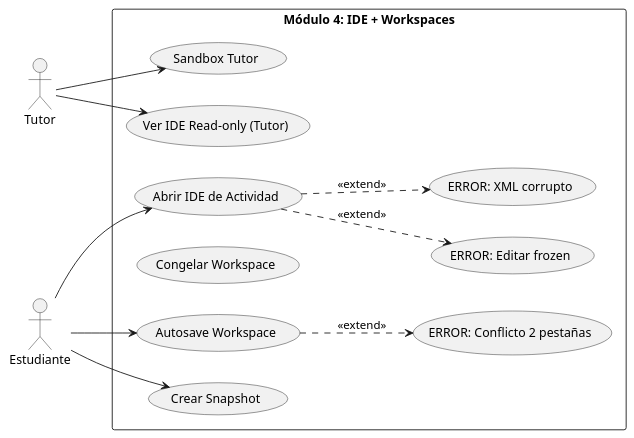
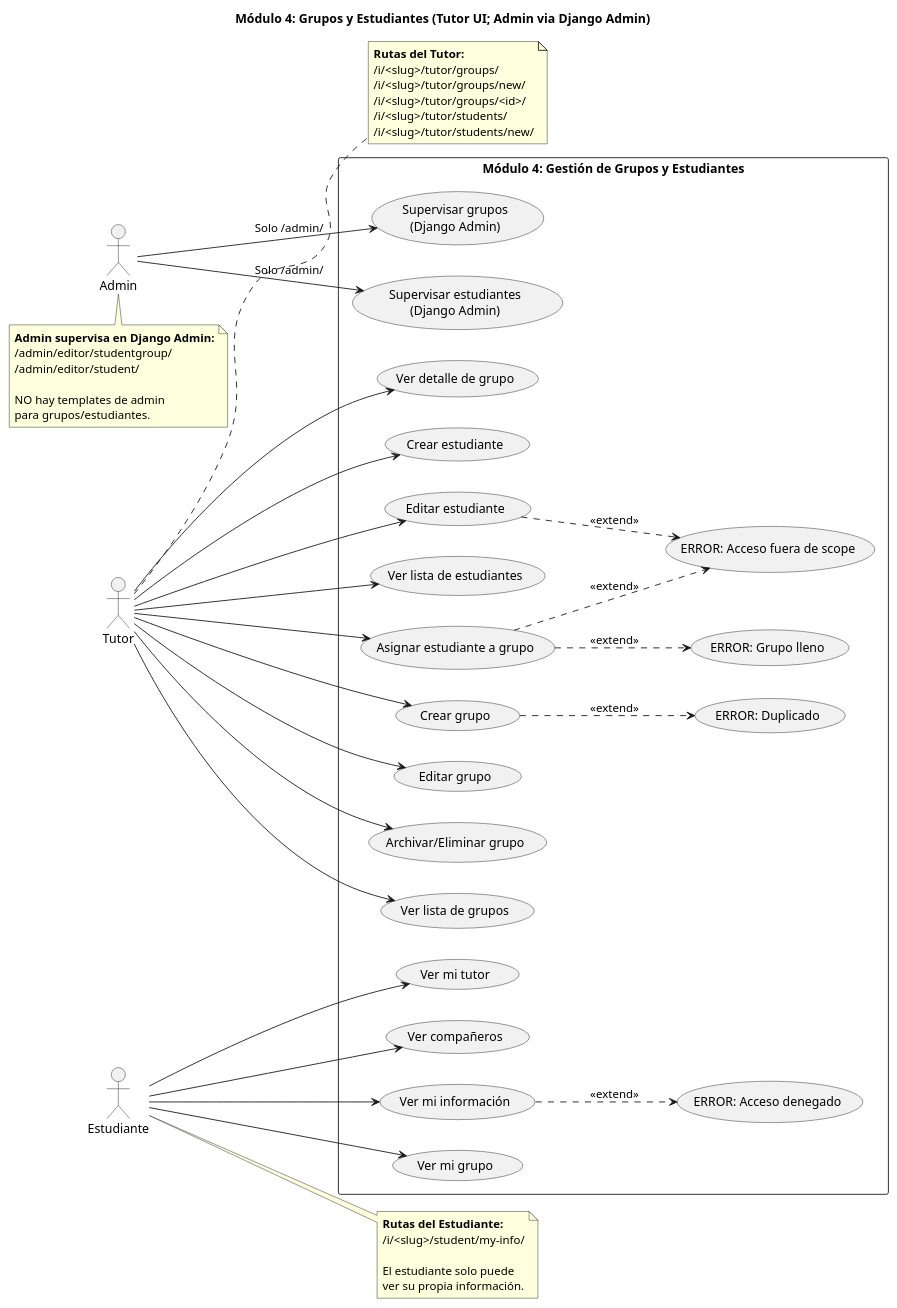
Before and after one commit to Luvigo/Max: the diagram in docs/uml/module4/use_cases.puml, drawn with PlantUML. The commit also changed 17 other files, not shown here.

First line of the commit message:
MÓDULO 4: Grupos y Estudiantes (Tutor UI; Admin via Django Admin)

```diff
--- a/docs/uml/module4/use_cases.puml
+++ b/docs/uml/module4/use_cases.puml
@@ -1,29 +1,92 @@
 @startuml
+title Módulo 4: Grupos y Estudiantes (Tutor UI; Admin via Django Admin)
 left to right direction
+
+actor Admin
 actor Tutor
 actor Estudiante
 
-rectangle "Módulo 4: IDE + Workspaces" {
-  usecase "Abrir IDE de Actividad" as UC_OpenIDE
-  usecase "Autosave Workspace" as UC_Autosave
-  usecase "Crear Snapshot" as UC_Snapshot
-  usecase "Congelar Workspace" as UC_Freeze
-  usecase "Sandbox Tutor" as UC_TutorSandbox
-  usecase "Ver IDE Read-only (Tutor)" as UC_ViewRO
-
-  usecase "ERROR: XML corrupto" as E_XML
-  usecase "ERROR: Conflicto 2 pestañas" as E_Conflict
-  usecase "ERROR: Editar frozen" as E_ReadOnly
+rectangle "Módulo 4: Gestión de Grupos y Estudiantes" {
+  ' Tutor Use Cases
+  usecase "Crear grupo" as UC_CreateGroup
+  usecase "Editar grupo" as UC_EditGroup
+  usecase "Archivar/Eliminar grupo" as UC_DeleteGroup
+  usecase "Ver lista de grupos" as UC_ListGroups
+  usecase "Ver detalle de grupo" as UC_GroupDetail
+  
+  usecase "Crear estudiante" as UC_CreateStudent
+  usecase "Editar estudiante" as UC_EditStudent
+  usecase "Ver lista de estudiantes" as UC_ListStudents
+  usecase "Asignar estudiante a grupo" as UC_AssignGroup
+  
+  ' Student Use Cases
+  usecase "Ver mi información" as UC_ViewMyInfo
+  usecase "Ver mi grupo" as UC_ViewMyGroup
+  usecase "Ver mi tutor" as UC_ViewMyTutor
+  usecase "Ver compañeros" as UC_ViewClassmates
+  
+  ' Admin Use Cases
+  usecase "Supervisar grupos\n(Django Admin)" as UC_AdminGroups
+  usecase "Supervisar estudiantes\n(Django Admin)" as UC_AdminStudents
+  
+  ' Errors
+  usecase "ERROR: Acceso fuera de scope" as E_Scope
+  usecase "ERROR: Grupo lleno" as E_GroupFull
+  usecase "ERROR: Duplicado" as E_Duplicate
+  usecase "ERROR: Acceso denegado" as E_403
 }
 
-Estudiante --> UC_OpenIDE
-Estudiante --> UC_Autosave
-Estudiante --> UC_Snapshot
+' Tutor connections
+Tutor --> UC_CreateGroup
+Tutor --> UC_EditGroup
+Tutor --> UC_DeleteGroup
+Tutor --> UC_ListGroups
+Tutor --> UC_GroupDetail
+Tutor --> UC_CreateStudent
+Tutor --> UC_EditStudent
+Tutor --> UC_ListStudents
+Tutor --> UC_AssignGroup
 
-Tutor --> UC_TutorSandbox
-Tutor --> UC_ViewRO
+' Student connections
+Estudiante --> UC_ViewMyInfo
+Estudiante --> UC_ViewMyGroup
+Estudiante --> UC_ViewMyTutor
+Estudiante --> UC_ViewClassmates
 
-UC_Autosave ..> E_Conflict : <<extend>>
-UC_OpenIDE ..> E_XML : <<extend>>
-UC_OpenIDE ..> E_ReadOnly : <<extend>>
+' Admin connections
+Admin --> UC_AdminGroups : "Solo /admin/"
+Admin --> UC_AdminStudents : "Solo /admin/"
+
+' Error extensions
+UC_CreateGroup ..> E_Duplicate : <<extend>>
+UC_AssignGroup ..> E_GroupFull : <<extend>>
+UC_AssignGroup ..> E_Scope : <<extend>>
+UC_EditStudent ..> E_Scope : <<extend>>
+UC_ViewMyInfo ..> E_403 : <<extend>>
+
+note right of Tutor
+  **Rutas del Tutor:**
+  /i/<slug>/tutor/groups/
+  /i/<slug>/tutor/groups/new/
+  /i/<slug>/tutor/groups/<id>/
+  /i/<slug>/tutor/students/
+  /i/<slug>/tutor/students/new/
+end note
+
+note right of Estudiante
+  **Rutas del Estudiante:**
+  /i/<slug>/student/my-info/
+  
+  El estudiante solo puede
+  ver su propia información.
+end note
+
+note bottom of Admin
+  **Admin supervisa en Django Admin:**
+  /admin/editor/studentgroup/
+  /admin/editor/student/
+  
+  NO hay templates de admin
+  para grupos/estudiantes.
+end note
 @enduml
```
